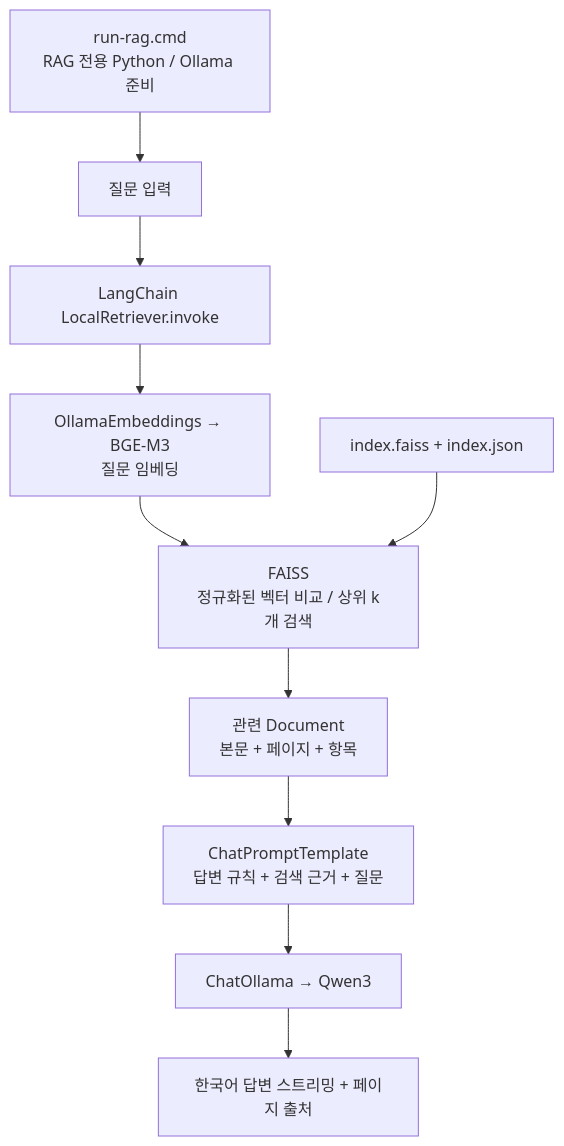
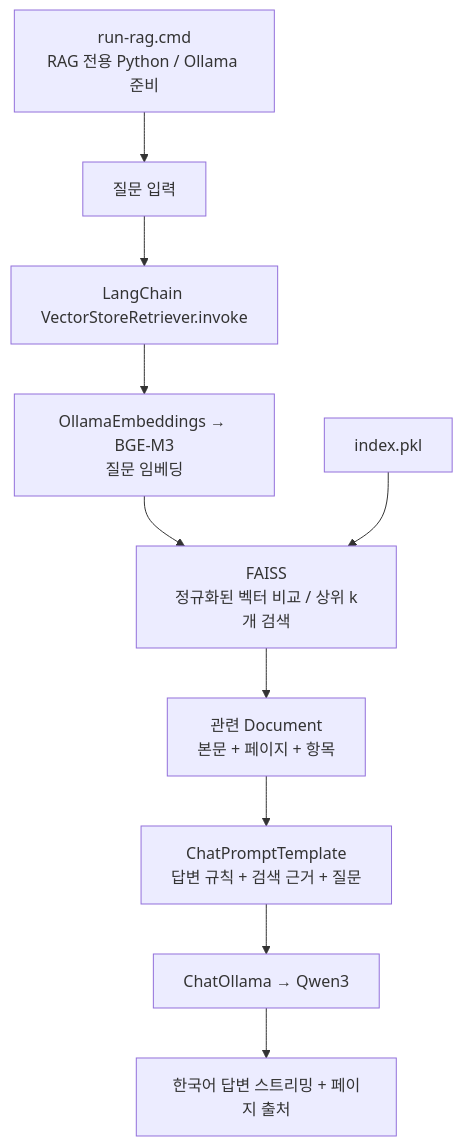
The second of 2 diagrams in README.md (jimjimjinger/rag_activity), drawn with Mermaid before and after one commit. The commit also changed other lines of this file and 92 other files, not shown here.

Commit message:
Simplify LangChain RAG and prepare GPU Paddle comparisons

````diff
--- a/README.md
+++ b/README.md
@@ -67,12 +79,12 @@
 ```mermaid
 flowchart TD
     RUN["run-rag.cmd<br/>RAG 전용 Python / Ollama 준비"] --> Q["질문 입력"]
-    Q --> RETRIEVER["LangChain LocalRetriever.invoke"]
+    Q --> RETRIEVER["LangChain VectorStoreRetriever.invoke"]
     RETRIEVER --> EMBED["OllamaEmbeddings → BGE-M3<br/>질문 임베딩"]
     EMBED --> SEARCH["FAISS<br/>정규화된 벡터 비교 / 상위 k개 검색"]
-    INDEX["index.faiss + index.json"] --> SEARCH
+    INDEX["index.pkl"] --> SEARCH
     SEARCH --> DOCS["관련 Document<br/>본문 + 페이지 + 항목"]
     DOCS --> PROMPT["ChatPromptTemplate<br/>답변 규칙 + 검색 근거 + 질문"]
     PROMPT --> QWEN["ChatOllama → Qwen3"]
     QWEN --> ANSWER["한국어 답변 스트리밍 + 페이지 출처"]
 ```
````
